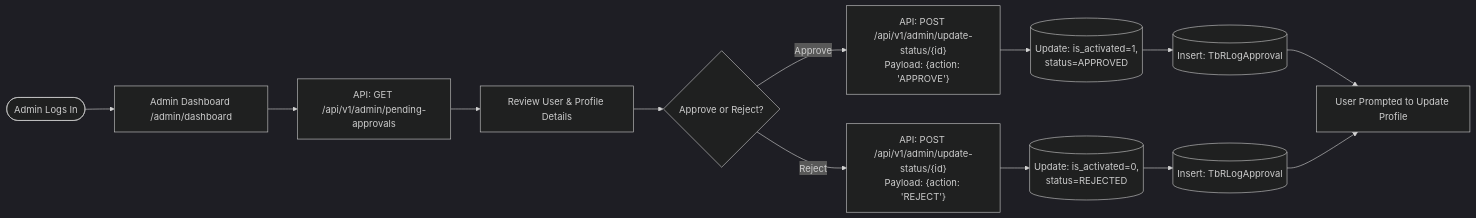
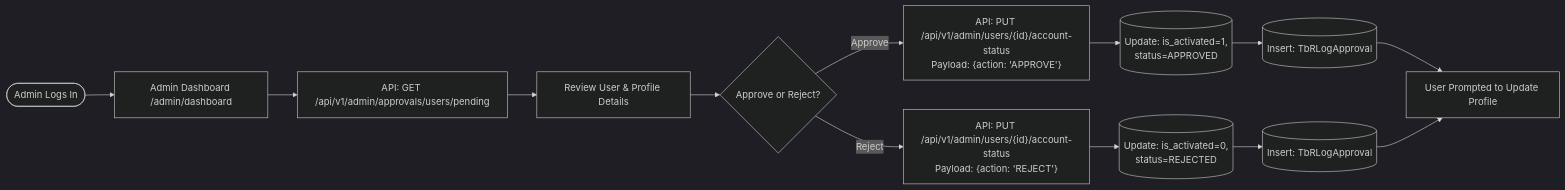
One commit to affanrk/ecg-puskesmas changed the third of 14 diagrams in SYSTEM_FLOWS.md. Above: the diagram before and after it, drawn with Mermaid (dark theme). The commit also changed other lines of this file and 7 other files, not shown here.

````diff
--- a/SYSTEM_FLOWS.md
+++ b/SYSTEM_FLOWS.md
@@ -88,20 +88,20 @@
 ```mermaid
 flowchart LR
     AdminLogin([Admin Logs In]) --> AdminDash[Admin Dashboard /admin/dashboard]
-    AdminDash --> PendingList[API: GET /api/v1/admin/pending-approvals]
+    AdminDash --> PendingList[API: GET /api/v1/admin/approvals/users/pending]
     
     PendingList --> Review[Review User & Profile Details]
     Review --> Action{Approve or Reject?}
     
-    Action -- Approve --> API_Approve["API: POST /api/v1/admin/update-status/{id}\nPayload: {action: 'APPROVE'}"]
-    Action -- Reject --> API_Reject["API: POST /api/v1/admin/update-status/{id}\nPayload: {action: 'REJECT'}"]
+    Action -- Approve --> API_Approve["API: PUT /api/v1/admin/users/{id}/account-status\nPayload: {action: 'APPROVE'}"]
+    Action -- Reject --> API_Reject["API: PUT /api/v1/admin/users/{id}/account-status\nPayload: {action: 'REJECT'}"]
     
     API_Approve --> DB_Approve[(Update: is_activated=1,\nstatus=APPROVED)]
     API_Reject --> DB_Reject[(Update: is_activated=0,\nstatus=REJECTED)]
     
     DB_Approve --> LogApprove[(Insert: TbRLogApproval)]
     DB_Reject --> LogReject[(Insert: TbRLogApproval)]
     
     LogApprove --> UserNotify[User Access Granted on Next Load]
     LogReject --> UserNotify[User Prompted to Update Profile]
 ```
````
